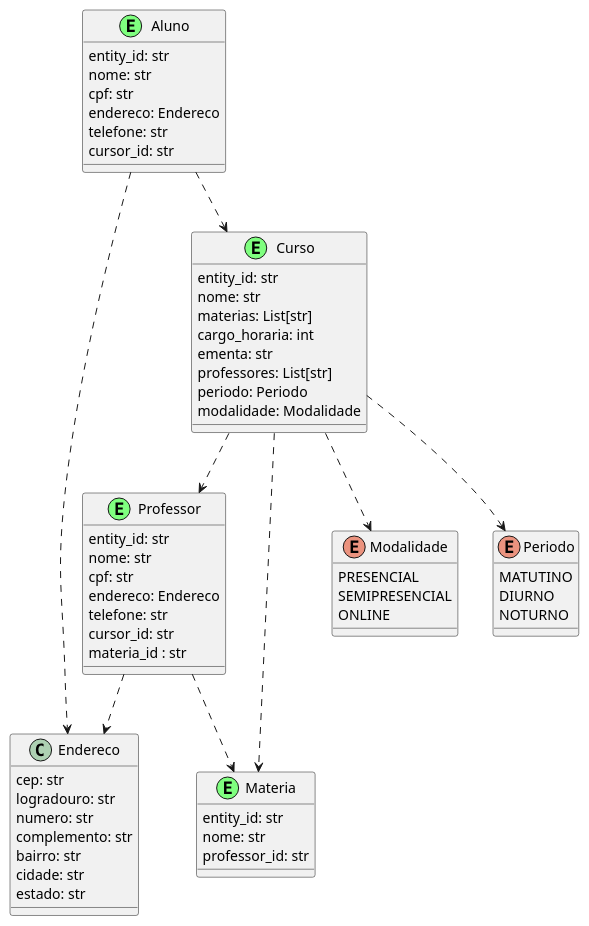
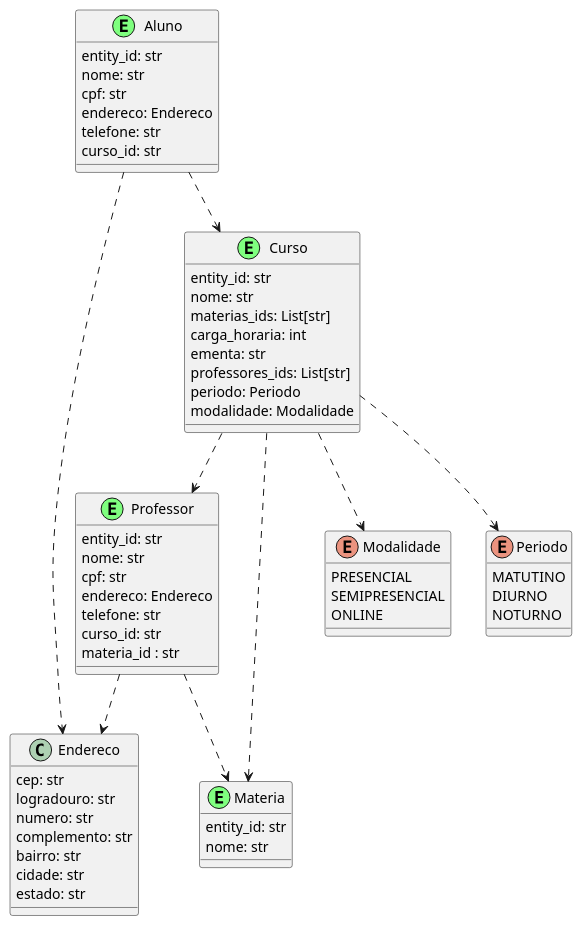
One commit to DandaraF/gerenciar-escola changed the diagram in backend/docs/Diagrams/classes.puml. Above: the diagram before and after it, drawn with PlantUML. The commit also changed 7 other files, not shown here.

```diff
--- a/backend/docs/Diagrams/classes.puml
+++ b/backend/docs/Diagrams/classes.puml
@@ -1,73 +1,72 @@
 @startuml
 class Aluno << (E,#7fff7f) >>{
     entity_id: str
     nome: str
     cpf: str
     endereco: Endereco
     telefone: str
-    cursor_id: str
+    curso_id: str
 }
 
 class Professor << (E,#7fff7f) >>{
     entity_id: str
     nome: str
     cpf: str
     endereco: Endereco
     telefone: str
-    cursor_id: str
+    curso_id: str
     materia_id : str
 }
 
 
 class Endereco{
     cep: str
     logradouro: str
     numero: str
     complemento: str
     bairro: str
     cidade: str
     estado: str
 }
 
 
 class Materia << (E,#7fff7f) >>{
     entity_id: str
     nome: str
-    professor_id: str
 }
 
 class Curso << (E,#7fff7f) >>{
     entity_id: str
     nome: str
-    materias: List[str]
-    cargo_horaria: int
+    materias_ids: List[str]
+    carga_horaria: int
     ementa: str
-    professores: List[str]
+    professores_ids: List[str]
     periodo: Periodo
     modalidade: Modalidade
 }
 
 enum Modalidade{
     PRESENCIAL
     SEMIPRESENCIAL
     ONLINE
 }
 
 enum Periodo{
     MATUTINO
     DIURNO
     NOTURNO
 }
 
 
 Aluno..> Curso
 Aluno..> Endereco
 Professor..> Endereco
 Professor..> Materia
 Curso ..> Professor
 Curso..> Periodo
 Curso ..> Modalidade
 Curso..> Materia
 
 
 @enduml
```
